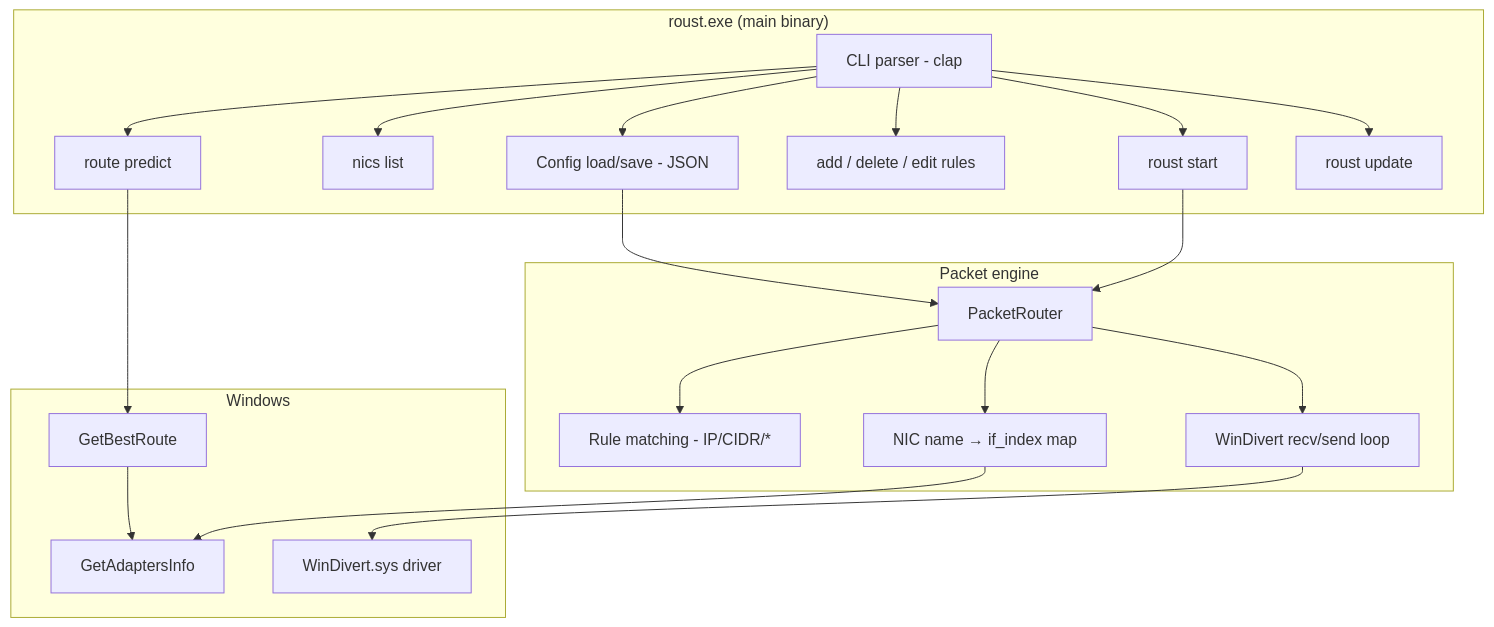
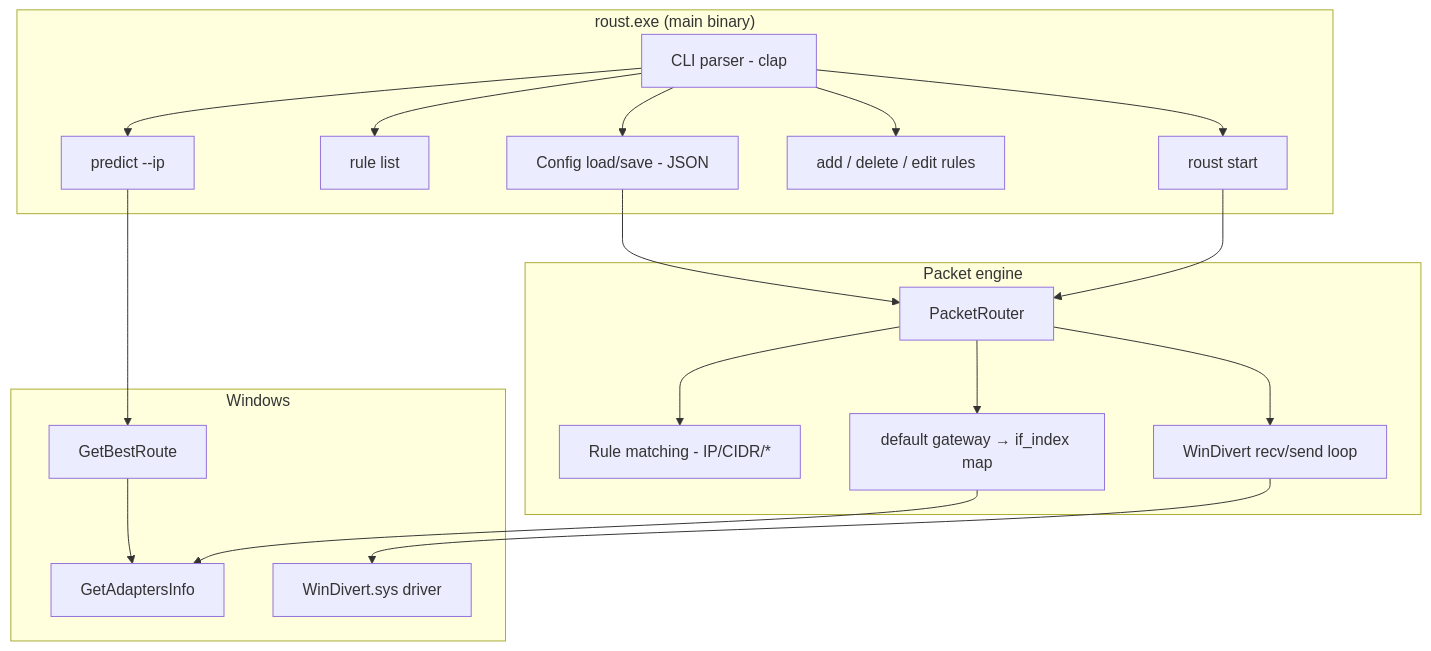
The first of 2 diagrams in docs/HOW-IT-WORKS.md (ArminDashti/roust), drawn with Mermaid before and after one commit. The commit also changed other lines of this file and 20 other files, not shown here.

First line of the commit message:
Switch routing rules from nic to gateway

````diff
--- a/docs/HOW-IT-WORKS.md
+++ b/docs/HOW-IT-WORKS.md
@@ -13,41 +13,39 @@
 ```mermaid
 flowchart TB
     subgraph CLI["roust.exe (main binary)"]
         Parse[CLI parser - clap]
         ConfigIO[Config load/save - JSON]
-        NicCmd[nics list]
-        RouteCmd[route predict]
+        RuleList[rule list]
+        PredictCmd[predict --ip]
         RuleCmd[add / delete / edit rules]
         Start[roust start]
-        Update[roust update]
     end
 
     subgraph Core["Packet engine"]
         Router[PacketRouter]
         Match[Rule matching - IP/CIDR/*]
-        NICMap[NIC name → if_index map]
+        GwMap[default gateway → if_index map]
         WinDiv[WinDivert recv/send loop]
     end
 
     subgraph OS["Windows"]
         Adapters[GetAdaptersInfo]
         BestRoute[GetBestRoute]
         Driver[WinDivert.sys driver]
     end
 
     Parse --> ConfigIO
-    Parse --> NicCmd
-    Parse --> RouteCmd
+    Parse --> RuleList
+    Parse --> PredictCmd
     Parse --> RuleCmd
     Parse --> Start
-    Parse --> Update
     Start --> Router
     ConfigIO --> Router
     Router --> Match
-    Router --> NICMap
-    NICMap --> Adapters
-    RouteCmd --> BestRoute
+    Router --> GwMap
+    GwMap --> Adapters
+    PredictCmd --> BestRoute
     BestRoute --> Adapters
     Router --> WinDiv
     WinDiv --> Driver
 ```
````
